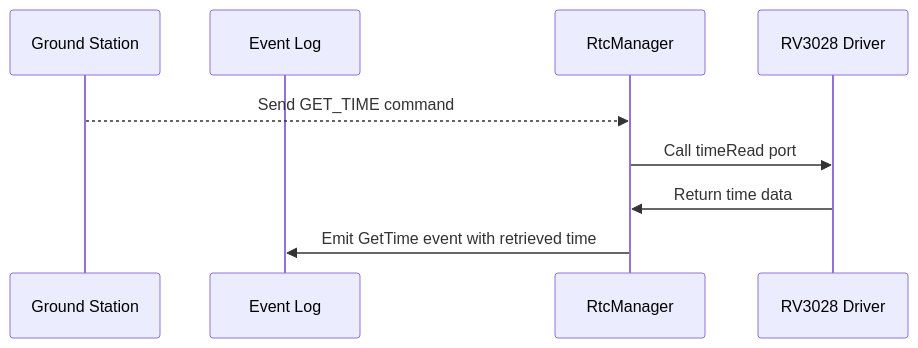
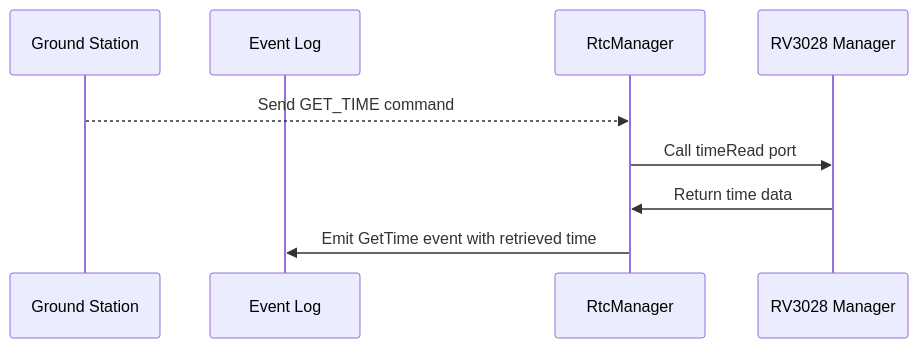
Before and after one commit to Open-Source-Space-Foundation/proves-core-reference: the third of 3 diagrams in FprimeZephyrReference/Components/RtcManager/docs/sdd.md, drawn with Mermaid. The commit also changed other lines of this file and 3 other files, not shown here.

````diff
--- a/FprimeZephyrReference/Components/RtcManager/docs/sdd.md
+++ b/FprimeZephyrReference/Components/RtcManager/docs/sdd.md
@@ -76,11 +76,11 @@
 ```mermaid
 sequenceDiagram
     participant Ground Station
     participant Event Log
     participant RtcManager
-    participant RV3028 Driver
+    participant RV3028 Manager
     Ground Station-->>RtcManager: Send GET_TIME command
-    RtcManager->>RV3028 Driver: Call timeRead port
-    RV3028 Driver->>RtcManager: Return time data
+    RtcManager->>RV3028 Manager: Call timeRead port
+    RV3028 Manager->>RtcManager: Return time data
     RtcManager->>Event Log: Emit GetTime event with retrieved time
 ```
````
